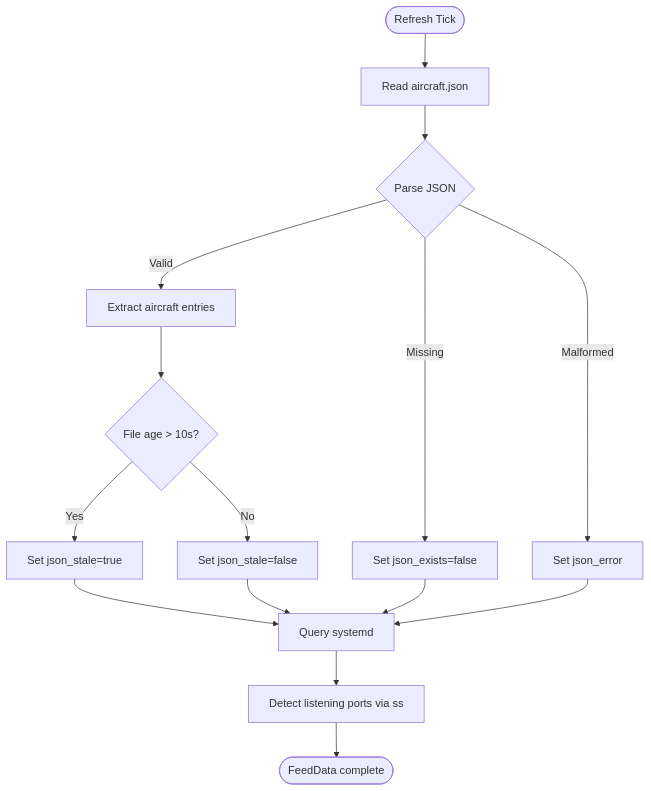
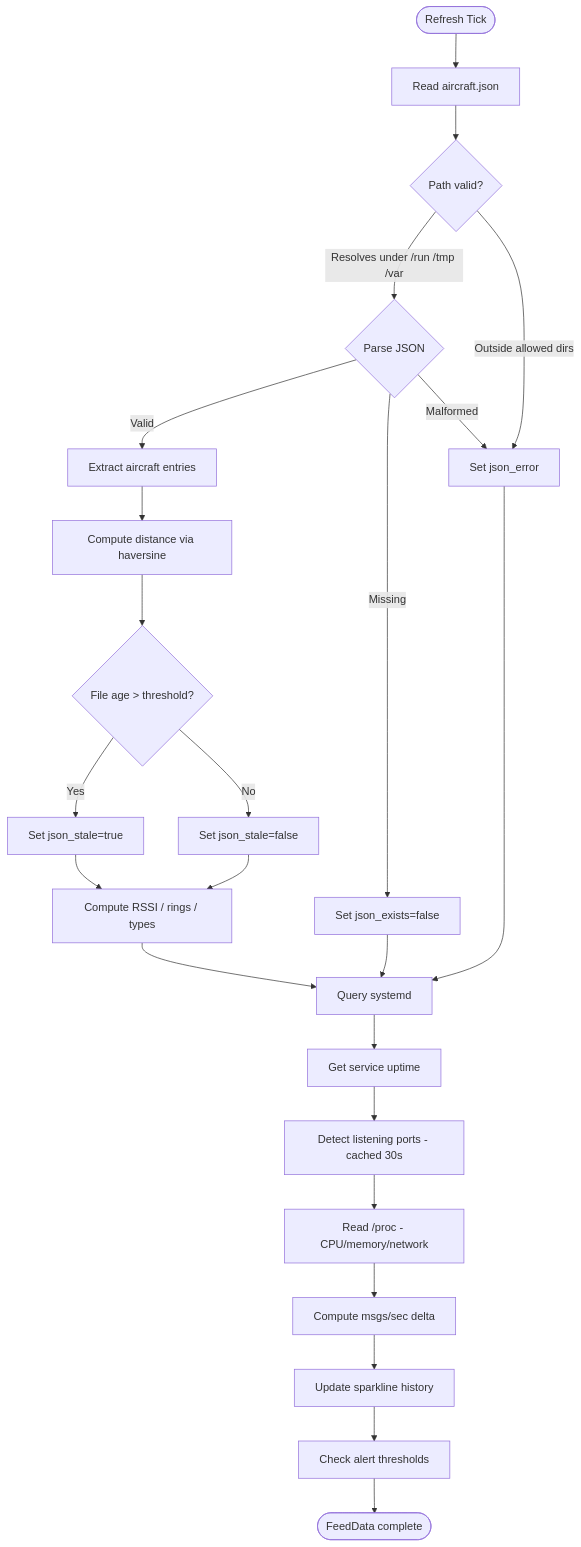
Before and after one commit to disappointingsupernova/readsb-feed-dashboard: the first of 5 diagrams in docs/data-flow.md, drawn with Mermaid. The commit also changed other lines of this file and 6 other files, not shown here.

````diff
--- a/docs/data-flow.md
+++ b/docs/data-flow.md
@@ -9,20 +9,29 @@
 ```mermaid
 flowchart TD
     Start([Refresh Tick]) --> ReadJSON[Read aircraft.json]
-    ReadJSON --> ParseJSON{Parse JSON}
+    ReadJSON --> ValidatePath{Path valid?}
+    ValidatePath -->|Resolves under /run /tmp /var| ParseJSON{Parse JSON}
+    ValidatePath -->|Outside allowed dirs| SetError[Set json_error]
     ParseJSON -->|Valid| ExtractAircraft[Extract aircraft entries]
     ParseJSON -->|Missing| SetMissing[Set json_exists=false]
-    ParseJSON -->|Malformed| SetError[Set json_error]
+    ParseJSON -->|Malformed| SetError
 
-    ExtractAircraft --> CheckStale{File age > 10s?}
+    ExtractAircraft --> ComputeDistance[Compute distance via haversine]
+    ComputeDistance --> CheckStale{File age > threshold?}
     CheckStale -->|Yes| MarkStale[Set json_stale=true]
     CheckStale -->|No| MarkLive[Set json_stale=false]
 
-    MarkStale --> CheckService[Query systemd]
-    MarkLive --> CheckService
-    SetMissing --> CheckService
+    MarkStale --> ComputeMetrics[Compute RSSI / rings / types]
+    MarkLive --> ComputeMetrics
+    SetMissing --> CheckService[Query systemd]
     SetError --> CheckService
 
-    CheckService --> DetectPorts[Detect listening ports via ss]
-    DetectPorts --> Done([FeedData complete])
+    ComputeMetrics --> CheckService
+    CheckService --> CheckUptime[Get service uptime]
+    CheckUptime --> DetectPorts[Detect listening ports - cached 30s]
+    DetectPorts --> ProcessStats[Read /proc - CPU/memory/network]
+    ProcessStats --> MessageRate[Compute msgs/sec delta]
+    MessageRate --> Sparkline[Update sparkline history]
+    Sparkline --> Alerts[Check alert thresholds]
+    Alerts --> Done([FeedData complete])
 ```
````
